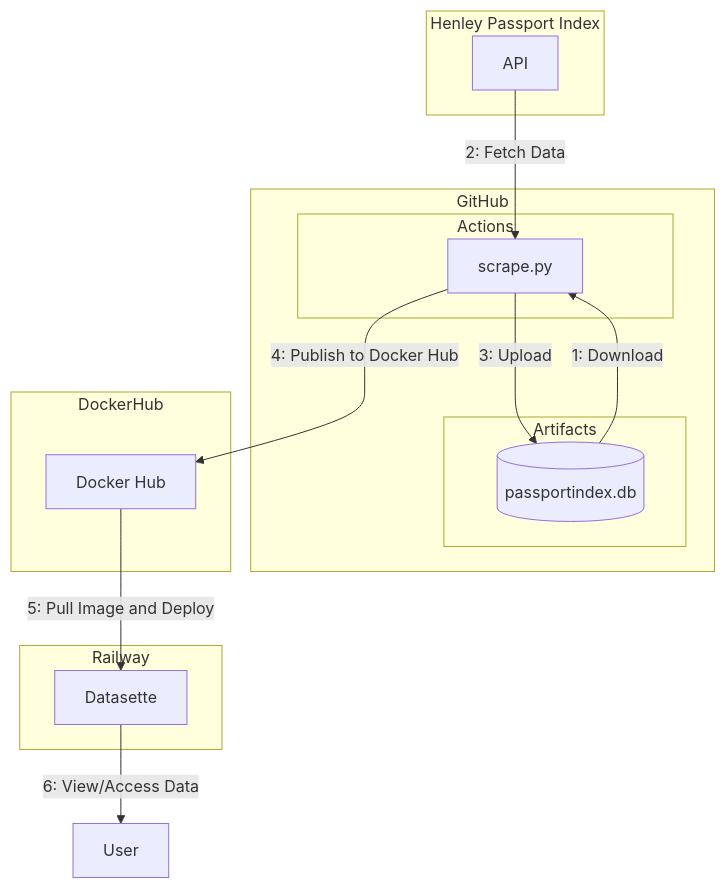
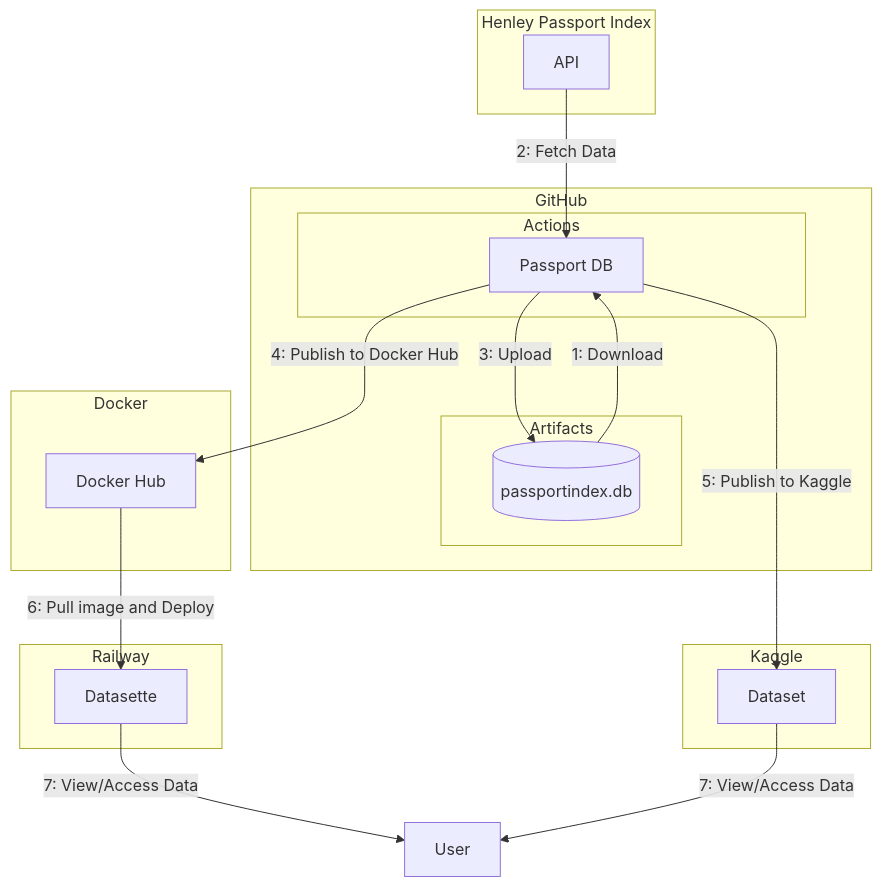
The first of 2 diagrams in README.md (ngshiheng/passportindexdb), drawn with Mermaid before and after one commit. The commit also changed other lines of this file and 1 other file, not shown here.

Commit message:
docs: update readme diagram and usage steps

````diff
--- a/README.md
+++ b/README.md
@@ -9,27 +9,32 @@
 ```mermaid
 graph TB
     subgraph Railway
         deployment[Datasette]
     end
     subgraph GitHub
         subgraph Actions
-            scraper[scrape.py]
+            scraper[Passport DB]
         end
         subgraph Artifacts
             db[(passportindex.db)]
             class db artifacts;
         end
     end
     subgraph Henley Passport Index
         api[API]
     end
-    subgraph DockerHub
+    subgraph Docker
         dockerhub[Docker Hub]
+    end
+    subgraph Kaggle
+        kaggle[Dataset]
     end
     db --> |1: Download| scraper
     api --> |2: Fetch Data| scraper
     scraper --> |3: Upload| db
     scraper --> |4: Publish to Docker Hub| dockerhub
-    dockerhub --> |5: Pull Image and Deploy| deployment
-    deployment --> |6: View/Access Data| client[User]
+    scraper --> |5: Publish to Kaggle| kaggle
+    dockerhub --> |6: Pull image and Deploy| deployment
+    deployment --> |7: View/Access Data| client[User]
+    kaggle --> |7: View/Access Data| client[User]
 ```
````
